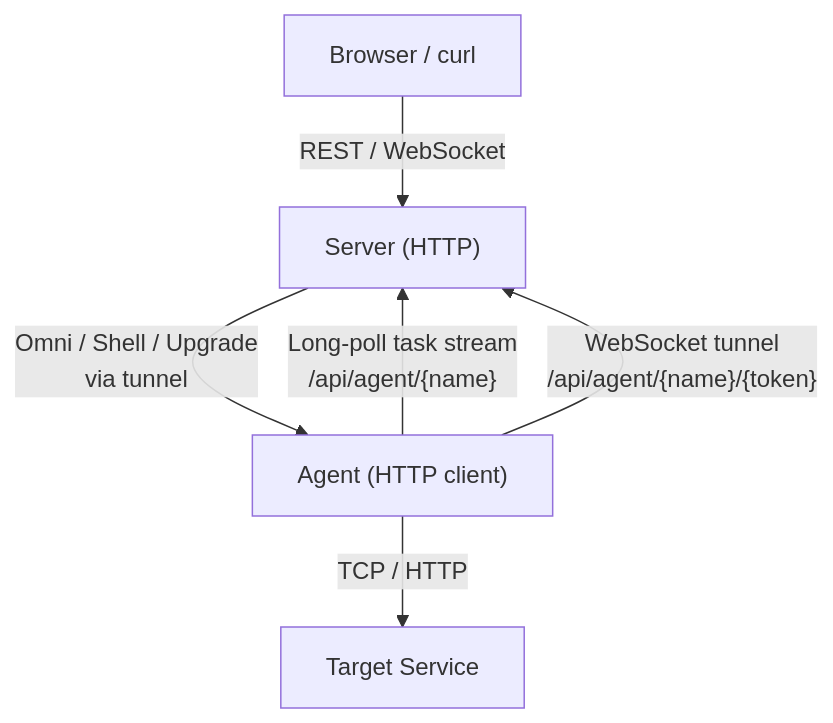
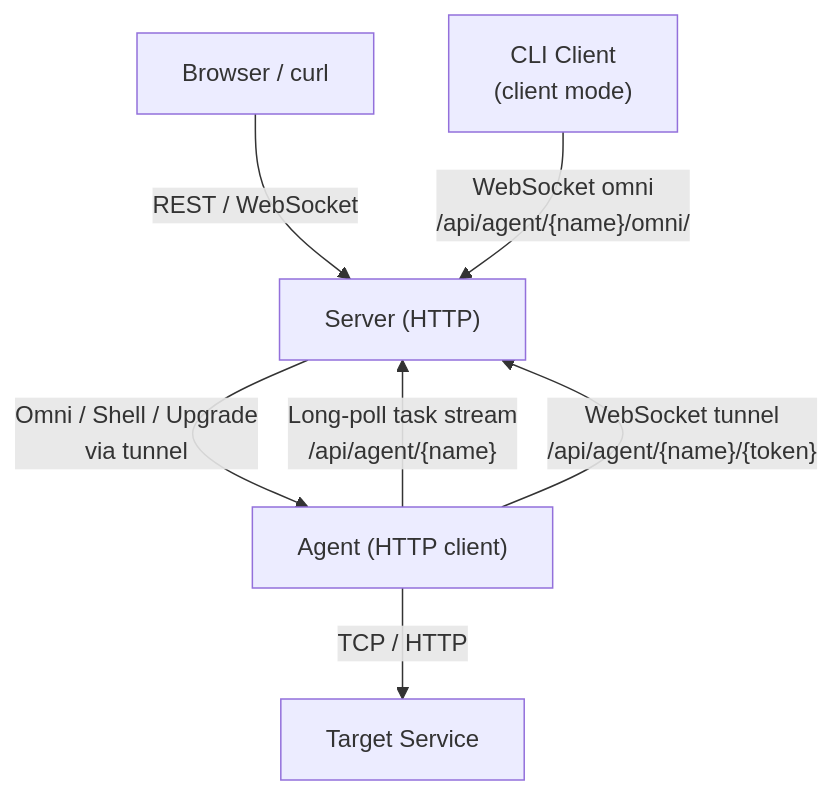
Before and after one commit to lyonbot/go-remote-agent: the diagram in DEVELOPE.md, drawn with Mermaid. The commit also changed other lines of this file and 4 other files, not shown here.

First line of the commit message:
feat: add TCP port-forwarding client mode (-client)

````diff
--- a/DEVELOPE.md
+++ b/DEVELOPE.md
@@ -5,13 +5,15 @@
 ```mermaid
 graph TD
-    Client["Browser / curl"]
+    Browser["Browser / curl"]
+    CLI["CLI Client\n(client mode)"]
     Server["Server (HTTP)"]
     Agent["Agent (HTTP client)"]
     Target["Target Service"]
 
-    Client -- "REST / WebSocket" --> Server
+    Browser -- "REST / WebSocket" --> Server
+    CLI -- "WebSocket omni\n/api/agent/{name}/omni/" --> Server
     Agent -- "Long-poll task stream\n/api/agent/{name}" --> Server
     Agent -- "WebSocket tunnel\n/api/agent/{name}/{token}" --> Server
     Server -- "Omni / Shell / Upgrade\nvia tunnel" --> Agent
     Agent -- "TCP / HTTP" --> Target
 ```
````
